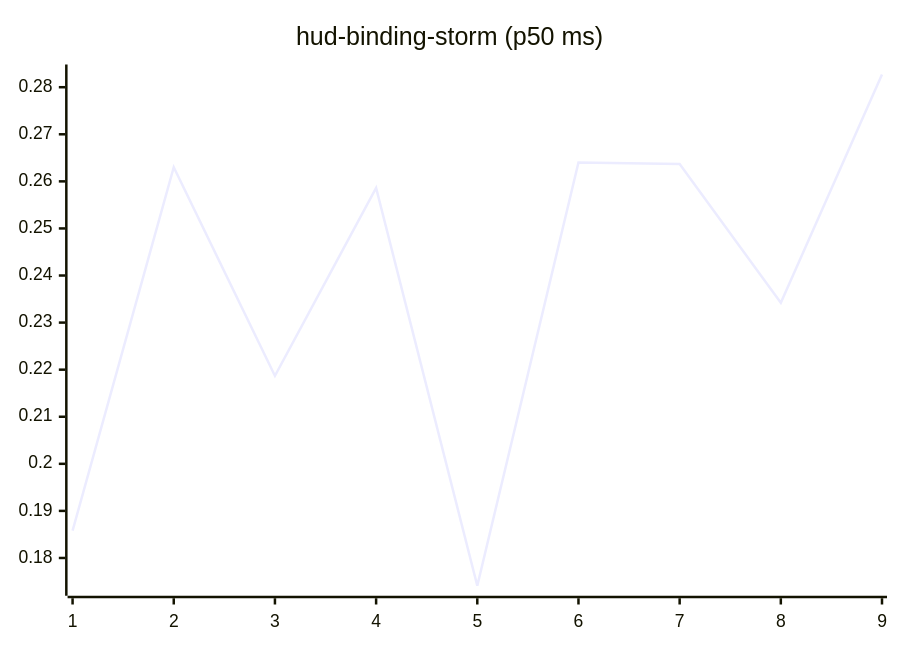
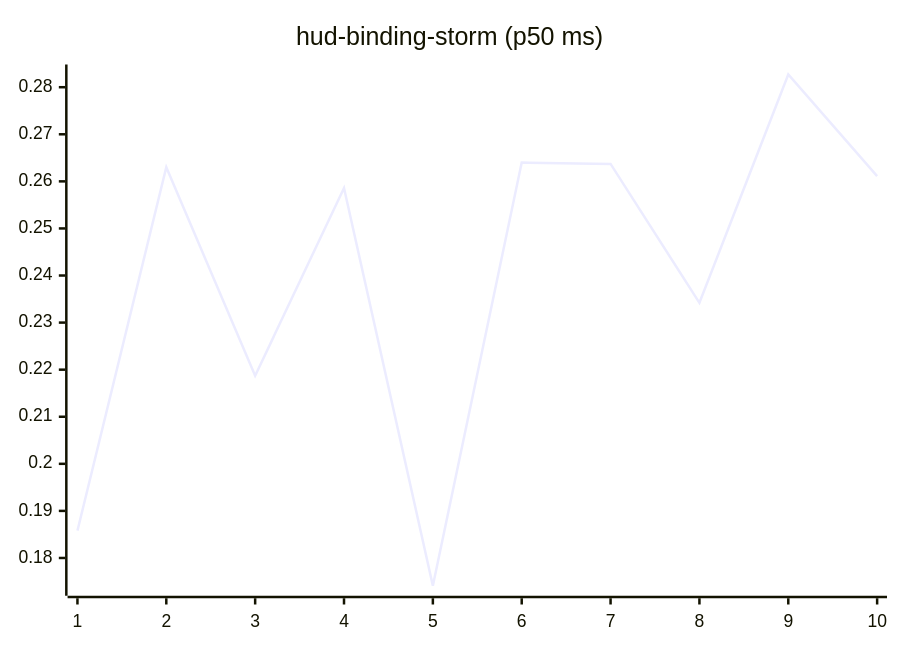
The tenth of 27 diagrams in README.md (josha/Facet), drawn with Mermaid before and after one commit. The commit also changed other lines of this file and 2 other files, not shown here.

````diff
--- a/README.md
+++ b/README.md
@@ -126,6 +126,6 @@
 ```mermaid
 xychart-beta
     title "hud-binding-storm (p50 ms)"
-    x-axis 1 --> 9
-    line [0.1858, 0.2630, 0.2187, 0.2586, 0.1741, 0.2640, 0.2637, 0.2342, 0.2827]
+    x-axis 1 --> 10
+    line [0.1858, 0.2630, 0.2187, 0.2586, 0.1741, 0.2640, 0.2637, 0.2342, 0.2827, 0.2611]
 ```
````
